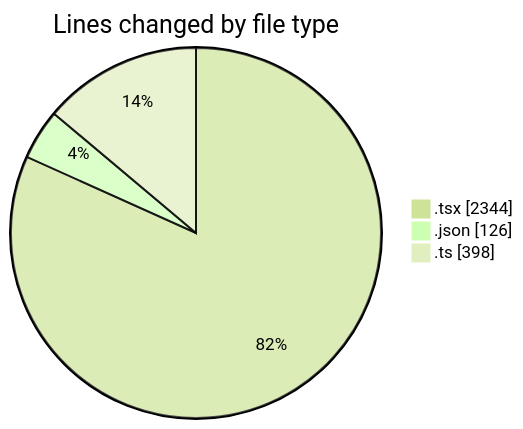
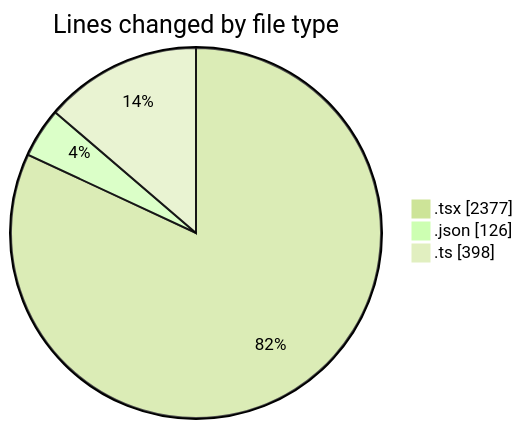
One commit to nxtqubesakshisongat/code-tracking changed the first of 2 diagrams in 2026-03-30/nxtqube_webapp/README.md. Above: the diagram before and after it, drawn with Mermaid (forest theme). The commit also changed other lines of this file and 1 other file, not shown here.

````diff
--- a/2026-03-30/nxtqube_webapp/README.md
+++ b/2026-03-30/nxtqube_webapp/README.md
@@ -25,7 +25,7 @@
 ```mermaid
 pie showData
 title Lines changed by file type
-".tsx" : 2344
+".tsx" : 2377
 ".json" : 126
 ".ts" : 398
 ```
````
